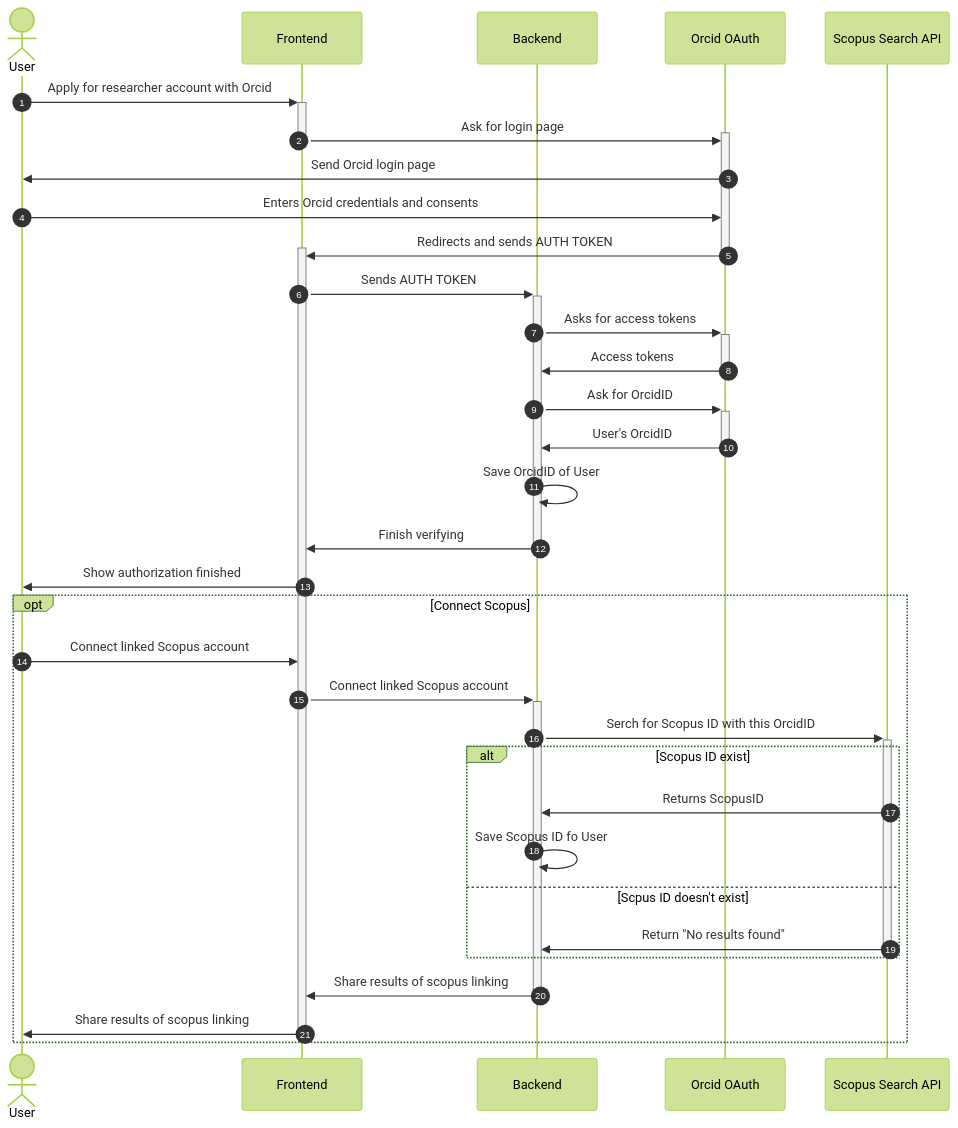
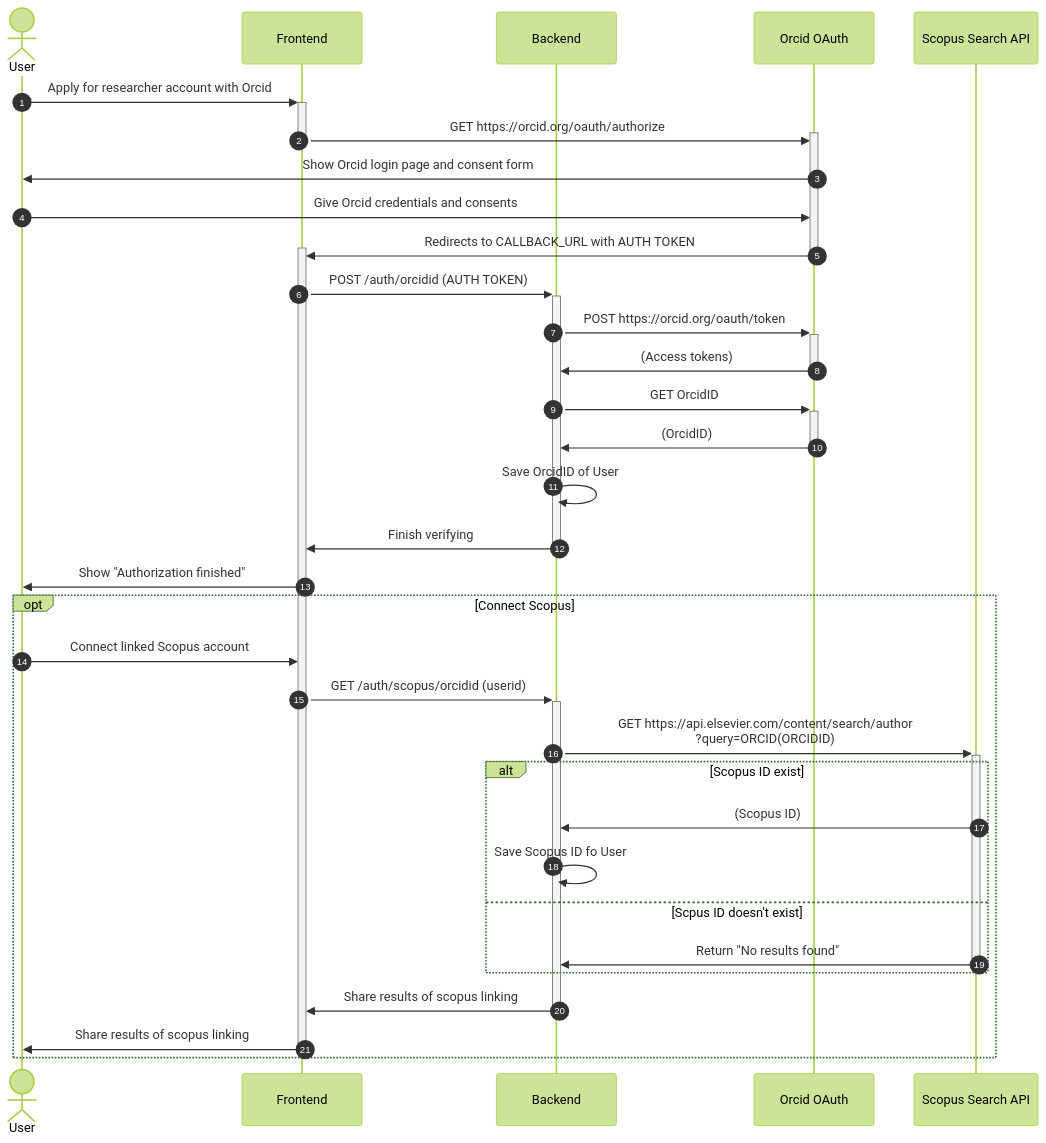
The diagram in Lab3/artifacts/01-update-account-status-orcid.mmd (LenivyKrabik/KPI2), drawn with Mermaid (forest theme) before and after one commit. The commit also changed 1 other file, not shown here.

```diff
--- a/Lab3/artifacts/01-update-account-status-orcid.mmd
+++ b/Lab3/artifacts/01-update-account-status-orcid.mmd
@@ -1,44 +1,44 @@
 sequenceDiagram
     autonumber
     actor User
     participant Frontend
     participant Backend
     participant Orcid as Orcid OAuth
     participant Scopus as Scopus Search API
 
     %%Orcid way
     User->>+Frontend: Apply for researcher account with Orcid
-    Frontend->>+Orcid: Ask for login page
+    Frontend->>+Orcid: GET https://orcid.org/oauth/authorize
     deactivate Frontend
     
 
-    Orcid->>User: Send Orcid login page
-    User->>Orcid: Enters Orcid credentials and consents
-    Orcid->>+Frontend: Redirects and sends AUTH TOKEN
+    Orcid->>User: Show Orcid login page and consent form
+    User->>Orcid: Give Orcid credentials and consents
+    Orcid->>+Frontend: Redirects to CALLBACK_URL with AUTH TOKEN
     deactivate Orcid
-    Frontend->>+Backend: Sends AUTH TOKEN
-    Backend->>+Orcid: Asks for access tokens
-    Orcid->>-Backend: Access tokens
-    Backend->>+Orcid: Ask for OrcidID
-    Orcid->>-Backend: User's OrcidID
+    Frontend->>+Backend: POST /auth/orcidid (AUTH TOKEN)
+    Backend->>+Orcid: POST https://orcid.org/oauth/token
+    Orcid->>-Backend: (Access tokens)
+    Backend->>+Orcid: GET OrcidID
+    Orcid->>-Backend: (OrcidID)
     Backend->>Backend: Save OrcidID of User
     Backend->>Frontend: Finish verifying
     deactivate Backend
-    Frontend->>User: Show authorization finished
+    Frontend->>User: Show "Authorization finished"
     %%Scopus stuff
     opt Connect Scopus
         User->>Frontend: Connect linked Scopus account
-        Frontend->>+Backend: Connect linked Scopus account
-        Backend->>+Scopus: Serch for Scopus ID with this OrcidID
+        Frontend->>+Backend: GET /auth/scopus/orcidid (userid)
+        Backend->>+Scopus: GET https://api.elsevier.com/content/search/author<br/>?query=ORCID(ORCIDID)
 
         alt Scopus ID exist
-            Scopus->>Backend: Returns ScopusID
+            Scopus->>Backend: (Scopus ID)
             Backend->>Backend: Save Scopus ID fo User
         else Scpus ID doesn't exist
             Scopus->>-Backend: Return "No results found"
         end
         Backend->>Frontend: Share results of scopus linking
         deactivate Backend
         Frontend->>User: Share results of scopus linking
         deactivate Frontend
     end
```
